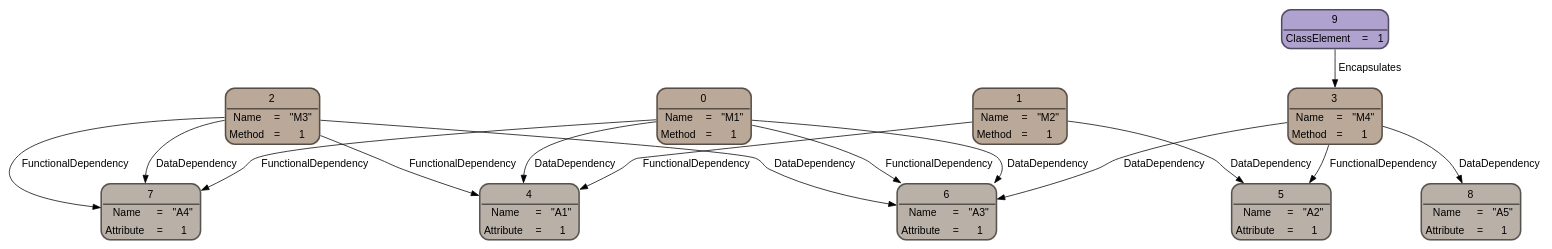
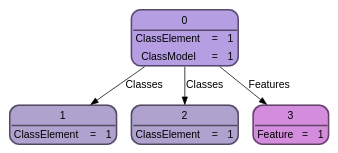
The diagram in subprojects/store-dse/test_output/5.dot (fdominik98/refinery), drawn with Graphviz before and after one commit. The commit also changed 1918 other files, not shown here.

```diff
--- a/subprojects/store-dse/test_output/5.dot
+++ b/subprojects/store-dse/test_output/5.dot
@@ -1,161 +1,56 @@
 digraph model {
 node [
 	style="filled, rounded"
 	shape=plain
 	pencolor="#00000088"
 	fontname="Helvetica"
 ]
 edge [
 	labeldistance=3
 	fontname="Helvetica"
 ]
-2 -> 4 [
+0 -> 1 [
 	style=solid
 	color=black
 	fontcolor=black
-	label="FunctionalDependency"]
-3 -> 5 [
+	label="Classes"]
+0 -> 2 [
 	style=solid
 	color=black
 	fontcolor=black
-	label="FunctionalDependency"]
-1 -> 4 [
+	label="Classes"]
+0 -> 3 [
 	style=solid
 	color=black
 	fontcolor=black
-	label="FunctionalDependency"]
-2 -> 7 [
-	style=solid
-	color=black
-	fontcolor=black
-	label="FunctionalDependency"]
-0 -> 6 [
-	style=solid
-	color=black
-	fontcolor=black
-	label="FunctionalDependency"]
-0 -> 7 [
-	style=solid
-	color=black
-	fontcolor=black
-	label="FunctionalDependency"]
-9 -> 3 [
-	style=solid
-	color=black
-	fontcolor=black
-	label="Encapsulates"]
-3 -> 6 [
-	style=solid
-	color=black
-	fontcolor=black
-	label="DataDependency"]
-0 -> 4 [
-	style=solid
-	color=black
-	fontcolor=black
-	label="DataDependency"]
-1 -> 5 [
-	style=solid
-	color=black
-	fontcolor=black
-	label="DataDependency"]
-2 -> 6 [
-	style=solid
-	color=black
-	fontcolor=black
-	label="DataDependency"]
-2 -> 7 [
-	style=solid
-	color=black
-	fontcolor=black
-	label="DataDependency"]
-3 -> 8 [
-	style=solid
-	color=black
-	fontcolor=black
-	label="DataDependency"]
-0 -> 6 [
-	style=solid
-	color=black
-	fontcolor=black
-	label="DataDependency"]
+	label="Features"]
 1 [
-	fillcolor="#baa899"
+	fillcolor="#afa2cf"
 	label=<<TABLE CELLSPACING="0" BORDER="2" CELLBORDER="0" CELLPADDING="4" STYLE="ROUNDED">
 		<TR><TD COLSPAN="3" BORDER="2" SIDES="B">1</TD></TR>
-		<TR><TD><FONT COLOR="black">Name</FONT></TD><TD><FONT COLOR="black">=</FONT></TD><TD><FONT COLOR="black">"M2"</FONT></TD></TR>
-		<TR><TD><FONT COLOR="black">Method</FONT></TD><TD><FONT COLOR="black">=</FONT></TD><TD><FONT COLOR="black">1</FONT></TD></TR>
+		<TR><TD><FONT COLOR="black">ClassElement</FONT></TD><TD><FONT COLOR="black">=</FONT></TD><TD><FONT COLOR="black">1</FONT></TD></TR>
 		</TABLE>>
 ]
 2 [
-	fillcolor="#baa899"
+	fillcolor="#afa2cf"
 	label=<<TABLE CELLSPACING="0" BORDER="2" CELLBORDER="0" CELLPADDING="4" STYLE="ROUNDED">
 		<TR><TD COLSPAN="3" BORDER="2" SIDES="B">2</TD></TR>
-		<TR><TD><FONT COLOR="black">Name</FONT></TD><TD><FONT COLOR="black">=</FONT></TD><TD><FONT COLOR="black">"M3"</FONT></TD></TR>
-		<TR><TD><FONT COLOR="black">Method</FONT></TD><TD><FONT COLOR="black">=</FONT></TD><TD><FONT COLOR="black">1</FONT></TD></TR>
+		<TR><TD><FONT COLOR="black">ClassElement</FONT></TD><TD><FONT COLOR="black">=</FONT></TD><TD><FONT COLOR="black">1</FONT></TD></TR>
 		</TABLE>>
 ]
 3 [
-	fillcolor="#baa899"
+	fillcolor="#d38ddc"
 	label=<<TABLE CELLSPACING="0" BORDER="2" CELLBORDER="0" CELLPADDING="4" STYLE="ROUNDED">
 		<TR><TD COLSPAN="3" BORDER="2" SIDES="B">3</TD></TR>
-		<TR><TD><FONT COLOR="black">Name</FONT></TD><TD><FONT COLOR="black">=</FONT></TD><TD><FONT COLOR="black">"M4"</FONT></TD></TR>
-		<TR><TD><FONT COLOR="black">Method</FONT></TD><TD><FONT COLOR="black">=</FONT></TD><TD><FONT COLOR="black">1</FONT></TD></TR>
-		</TABLE>>
-]
-4 [
-	fillcolor="#b9b0a8"
-	label=<<TABLE CELLSPACING="0" BORDER="2" CELLBORDER="0" CELLPADDING="4" STYLE="ROUNDED">
-		<TR><TD COLSPAN="3" BORDER="2" SIDES="B">4</TD></TR>
-		<TR><TD><FONT COLOR="black">Name</FONT></TD><TD><FONT COLOR="black">=</FONT></TD><TD><FONT COLOR="black">"A1"</FONT></TD></TR>
-		<TR><TD><FONT COLOR="black">Attribute</FONT></TD><TD><FONT COLOR="black">=</FONT></TD><TD><FONT COLOR="black">1</FONT></TD></TR>
-		</TABLE>>
-]
-5 [
-	fillcolor="#b9b0a8"
-	label=<<TABLE CELLSPACING="0" BORDER="2" CELLBORDER="0" CELLPADDING="4" STYLE="ROUNDED">
-		<TR><TD COLSPAN="3" BORDER="2" SIDES="B">5</TD></TR>
-		<TR><TD><FONT COLOR="black">Name</FONT></TD><TD><FONT COLOR="black">=</FONT></TD><TD><FONT COLOR="black">"A2"</FONT></TD></TR>
-		<TR><TD><FONT COLOR="black">Attribute</FONT></TD><TD><FONT COLOR="black">=</FONT></TD><TD><FONT COLOR="black">1</FONT></TD></TR>
-		</TABLE>>
-]
-6 [
-	fillcolor="#b9b0a8"
-	label=<<TABLE CELLSPACING="0" BORDER="2" CELLBORDER="0" CELLPADDING="4" STYLE="ROUNDED">
-		<TR><TD COLSPAN="3" BORDER="2" SIDES="B">6</TD></TR>
-		<TR><TD><FONT COLOR="black">Name</FONT></TD><TD><FONT COLOR="black">=</FONT></TD><TD><FONT COLOR="black">"A3"</FONT></TD></TR>
-		<TR><TD><FONT COLOR="black">Attribute</FONT></TD><TD><FONT COLOR="black">=</FONT></TD><TD><FONT COLOR="black">1</FONT></TD></TR>
-		</TABLE>>
-]
-7 [
-	fillcolor="#b9b0a8"
-	label=<<TABLE CELLSPACING="0" BORDER="2" CELLBORDER="0" CELLPADDING="4" STYLE="ROUNDED">
-		<TR><TD COLSPAN="3" BORDER="2" SIDES="B">7</TD></TR>
-		<TR><TD><FONT COLOR="black">Name</FONT></TD><TD><FONT COLOR="black">=</FONT></TD><TD><FONT COLOR="black">"A4"</FONT></TD></TR>
-		<TR><TD><FONT COLOR="black">Attribute</FONT></TD><TD><FONT COLOR="black">=</FONT></TD><TD><FONT COLOR="black">1</FONT></TD></TR>
-		</TABLE>>
-]
-8 [
-	fillcolor="#b9b0a8"
-	label=<<TABLE CELLSPACING="0" BORDER="2" CELLBORDER="0" CELLPADDING="4" STYLE="ROUNDED">
-		<TR><TD COLSPAN="3" BORDER="2" SIDES="B">8</TD></TR>
-		<TR><TD><FONT COLOR="black">Name</FONT></TD><TD><FONT COLOR="black">=</FONT></TD><TD><FONT COLOR="black">"A5"</FONT></TD></TR>
-		<TR><TD><FONT COLOR="black">Attribute</FONT></TD><TD><FONT COLOR="black">=</FONT></TD><TD><FONT COLOR="black">1</FONT></TD></TR>
-		</TABLE>>
-]
-9 [
-	fillcolor="#afa2cf"
-	label=<<TABLE CELLSPACING="0" BORDER="2" CELLBORDER="0" CELLPADDING="4" STYLE="ROUNDED">
-		<TR><TD COLSPAN="3" BORDER="2" SIDES="B">9</TD></TR>
-		<TR><TD><FONT COLOR="black">ClassElement</FONT></TD><TD><FONT COLOR="black">=</FONT></TD><TD><FONT COLOR="black">1</FONT></TD></TR>
+		<TR><TD><FONT COLOR="black">Feature</FONT></TD><TD><FONT COLOR="black">=</FONT></TD><TD><FONT COLOR="black">1</FONT></TD></TR>
 		</TABLE>>
 ]
 0 [
-	fillcolor="#baa899"
+	fillcolor="#b59ee2"
 	label=<<TABLE CELLSPACING="0" BORDER="2" CELLBORDER="0" CELLPADDING="4" STYLE="ROUNDED">
 		<TR><TD COLSPAN="3" BORDER="2" SIDES="B">0</TD></TR>
-		<TR><TD><FONT COLOR="black">Name</FONT></TD><TD><FONT COLOR="black">=</FONT></TD><TD><FONT COLOR="black">"M1"</FONT></TD></TR>
-		<TR><TD><FONT COLOR="black">Method</FONT></TD><TD><FONT COLOR="black">=</FONT></TD><TD><FONT COLOR="black">1</FONT></TD></TR>
+		<TR><TD><FONT COLOR="black">ClassElement</FONT></TD><TD><FONT COLOR="black">=</FONT></TD><TD><FONT COLOR="black">1</FONT></TD></TR>
+		<TR><TD><FONT COLOR="black">ClassModel</FONT></TD><TD><FONT COLOR="black">=</FONT></TD><TD><FONT COLOR="black">1</FONT></TD></TR>
 		</TABLE>>
 ]
 }
```
